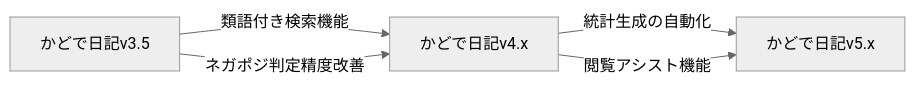
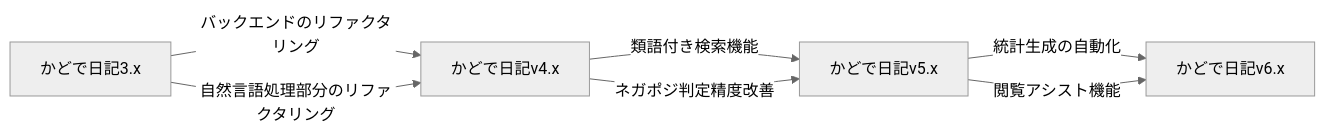
The second of 2 diagrams in README.md (KadodeProject/kadode_nikki3), drawn with Mermaid (neutral theme) before and after one commit. The commit also changed other lines of this file and 3 other files, not shown here.

````diff
--- a/README.md
+++ b/README.md
@@ -58,7 +59,9 @@
 ```mermaid
 flowchart LR
-    A[かどで日記v3.5]-->|類語付き検索機能|B[かどで日記v4.x]
-    A-->|ネガポジ判定精度改善|B
-    B-->|統計生成の自動化|C[かどで日記v5.x]
-    B-->|閲覧アシスト機能|C
+    A[かどで日記3.x]-->|バックエンドのリファクタリング|B[かどで日記v4.x]
+    A-->|自然言語処理部分のリファクタリング|B
+    B-->|類語付き検索機能|C[かどで日記v5.x]
+    B-->|ネガポジ判定精度改善|C
+    C-->|統計生成の自動化|D[かどで日記v6.x]
+    C-->|閲覧アシスト機能|D
 ```
````
